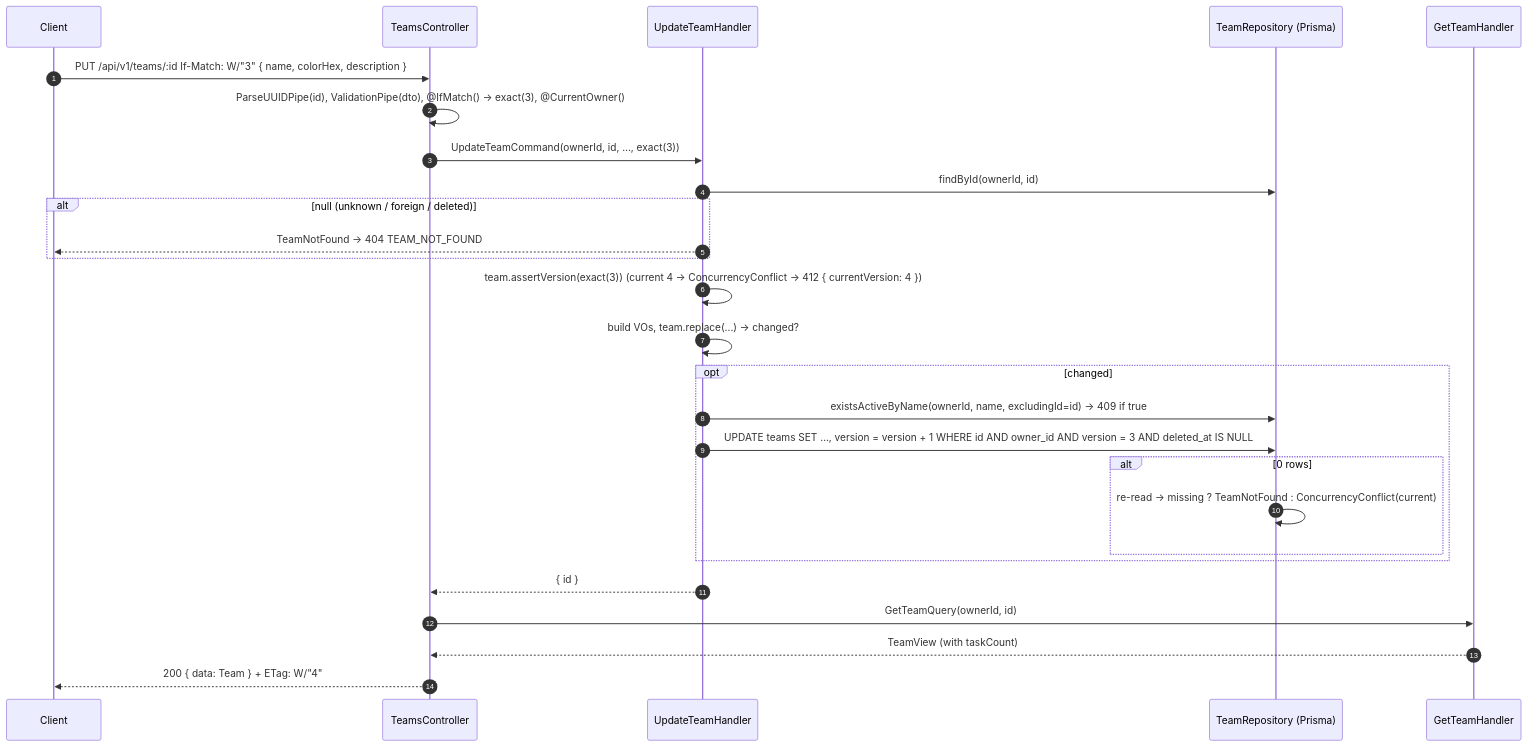
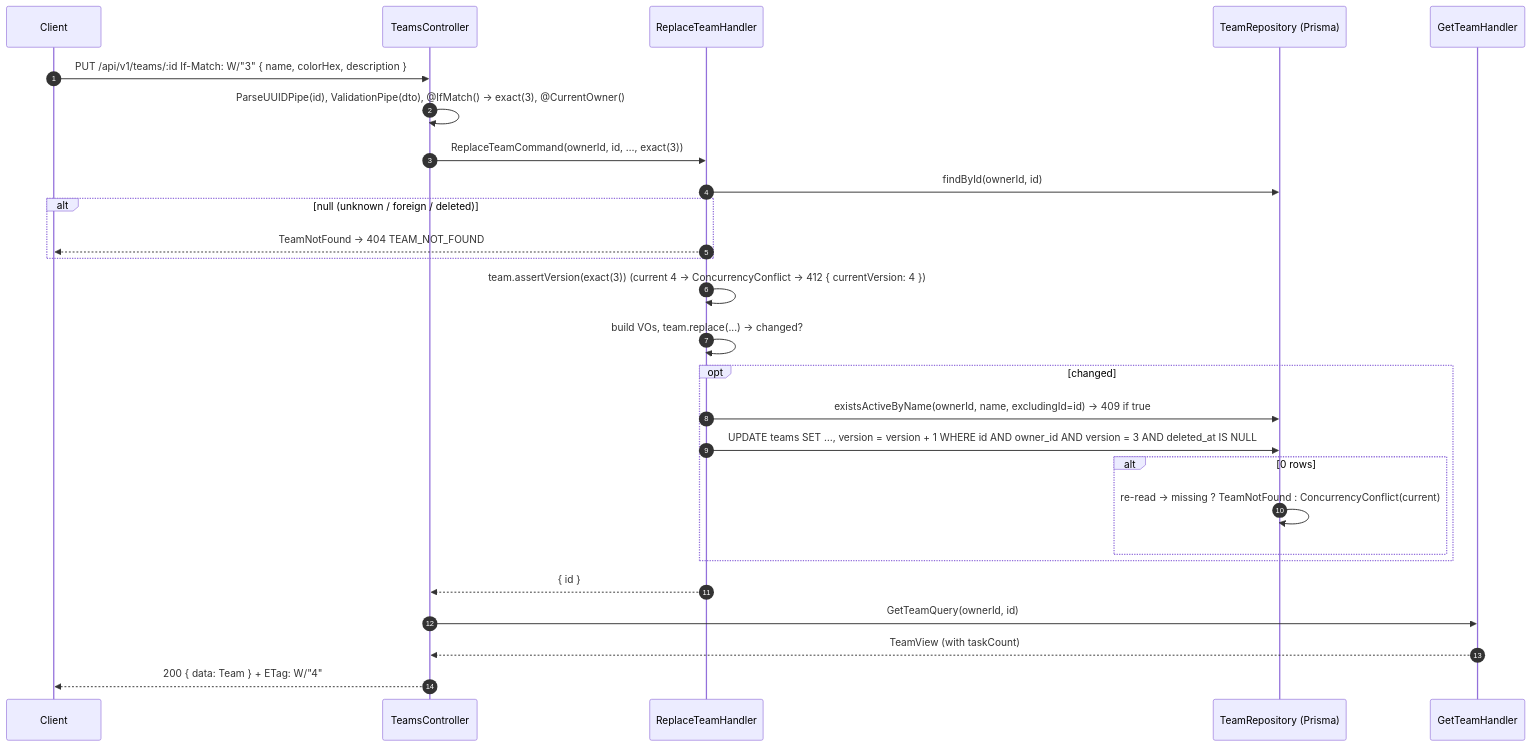
One commit to rodriguesdenis/hitss changed the second of 2 diagrams in docs/specs/002-teams/plan.md. Above: the diagram before and after it, drawn with Mermaid. The commit also changed other lines of this file and 3 other files, not shown here.

First line of the commit message:
docs: refine architecture after cross-review

````diff
--- a/docs/specs/002-teams/plan.md
+++ b/docs/specs/002-teams/plan.md
@@ -149,29 +165,29 @@
 ```mermaid
 sequenceDiagram
   autonumber
   participant C as Client
   participant Ctl as TeamsController
-  participant H as UpdateTeamHandler
+  participant H as ReplaceTeamHandler
   participant R as TeamRepository (Prisma)
   participant Q as GetTeamHandler
   C->>Ctl: PUT /api/v1/teams/:id If-Match: W/"3" { name, colorHex, description }
   Ctl->>Ctl: ParseUUIDPipe(id), ValidationPipe(dto), @IfMatch() → exact(3), @CurrentOwner()
-  Ctl->>H: UpdateTeamCommand(ownerId, id, …, exact(3))
+  Ctl->>H: ReplaceTeamCommand(ownerId, id, …, exact(3))
   H->>R: findById(ownerId, id)
   alt null (unknown / foreign / deleted)
     H-->>C: TeamNotFound → 404 TEAM_NOT_FOUND
   end
   H->>H: team.assertVersion(exact(3)) (current 4 → ConcurrencyConflict → 412 { currentVersion: 4 })
   H->>H: build VOs, team.replace(...) → changed?
   opt changed
     H->>R: existsActiveByName(ownerId, name, excludingId=id) → 409 if true
     H->>R: UPDATE teams SET …, version = version + 1 WHERE id AND owner_id AND version = 3 AND deleted_at IS NULL
     alt 0 rows
       R->>R: re-read → missing ? TeamNotFound : ConcurrencyConflict(current)
     end
   end
   H-->>Ctl: { id }
   Ctl->>Q: GetTeamQuery(ownerId, id)
   Q-->>Ctl: TeamView (with taskCount)
   Ctl-->>C: 200 { data: Team } + ETag: W/"4"
 ```
````
